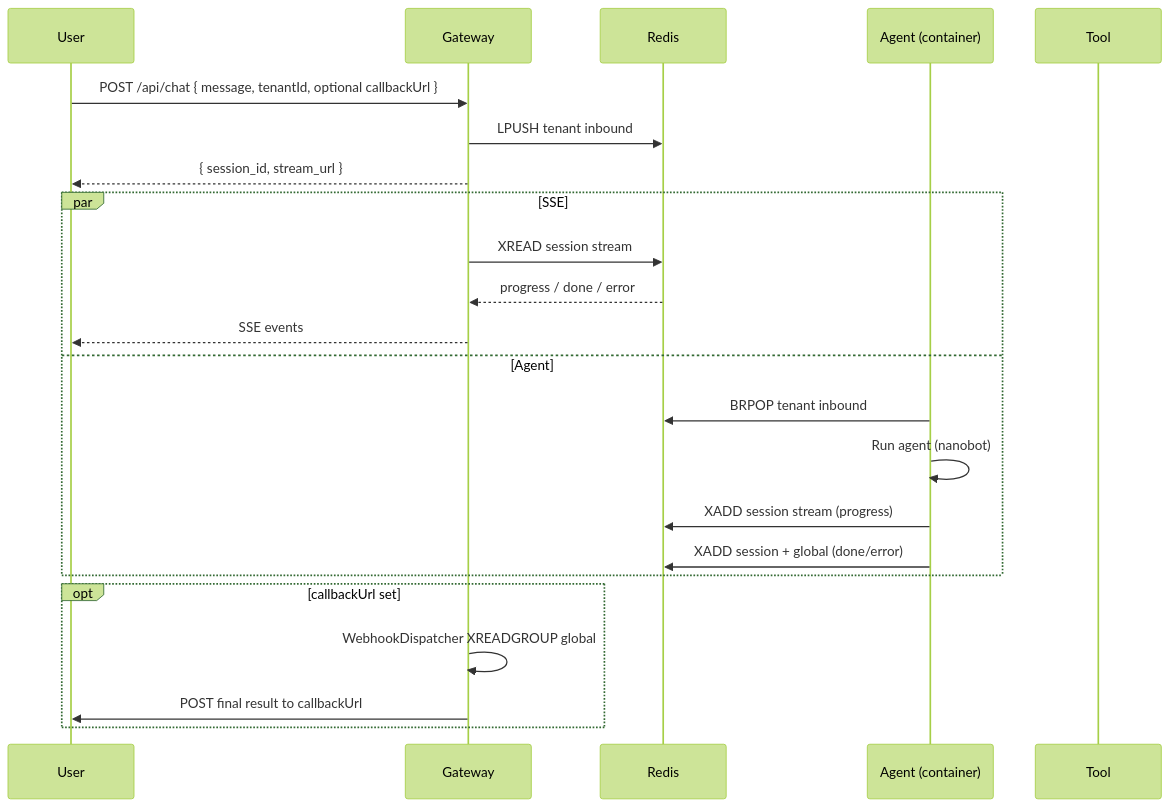
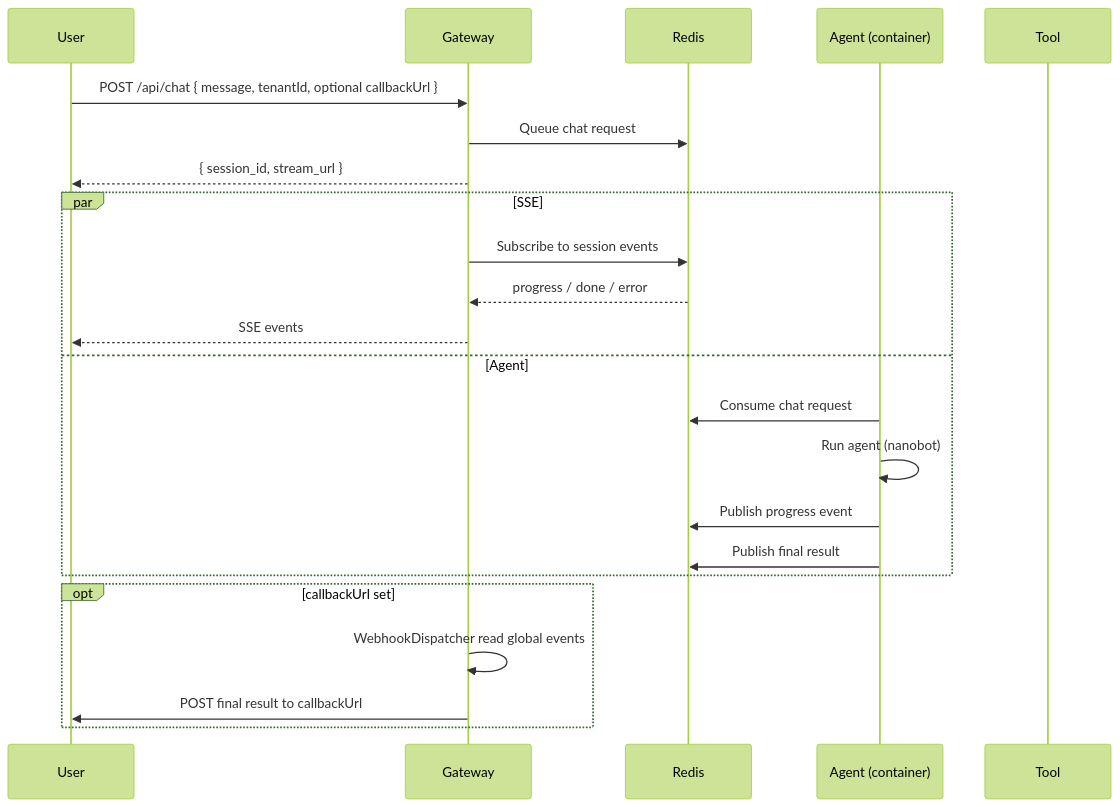
One commit to vinit-patel-athena/nanogate changed the second of 2 diagrams in README.md. Above: the diagram before and after it, drawn with Mermaid (forest theme). The commit also changed other lines of this file, not shown here.

````diff
--- a/README.md
+++ b/README.md
@@ -101,28 +101,28 @@
 ```mermaid
 sequenceDiagram
     participant User
     participant Gateway
     participant Redis
     participant Agent as Agent (container)
     participant CLI as Tool
 
     User->>Gateway: POST /api/chat { message, tenantId, optional callbackUrl }
-    Gateway->>Redis: LPUSH tenant inbound
+    Gateway->>Redis: Queue chat request
     Gateway-->>User: { session_id, stream_url }
 
     par SSE
-        Gateway->>Redis: XREAD session stream
+        Gateway->>Redis: Subscribe to session events
         Redis-->>Gateway: progress / done / error
         Gateway-->>User: SSE events
     and Agent
-        Agent->>Redis: BRPOP tenant inbound
+        Agent->>Redis: Consume chat request
         Agent->>Agent: Run agent (nanobot)
-        Agent->>Redis: XADD session stream (progress)
-        Agent->>Redis: XADD session + global (done/error)
+        Agent->>Redis: Publish progress event
+        Agent->>Redis: Publish final result
     end
 
     opt callbackUrl set
-        Gateway->>Gateway: WebhookDispatcher XREADGROUP global
+        Gateway->>Gateway: WebhookDispatcher read global events
         Gateway->>User: POST final result to callbackUrl
     end
 ```
````
